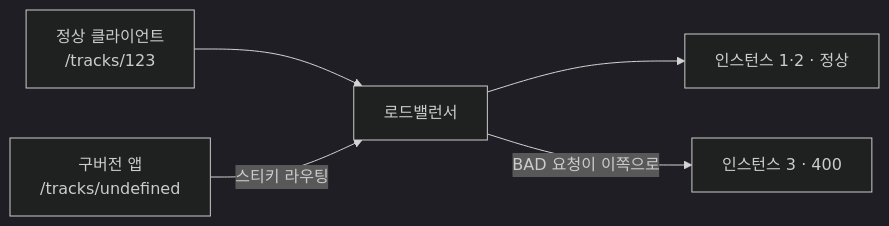
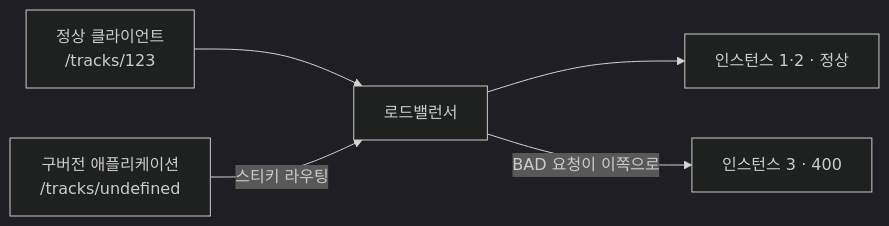
One commit to johnycho/johny-dev changed the second of 2 diagrams in blog/2026-08-19-one-instance-400-bad-request.mdx. Above: the diagram before and after it, drawn with Mermaid (dark theme). The commit also changed other lines of this file and 49 other files, not shown here.

````diff
--- a/blog/2026-08-19-one-instance-400-bad-request.mdx
+++ b/blog/2026-08-19-one-instance-400-bad-request.mdx
@@ -68,7 +68,7 @@
 ```mermaid
 flowchart LR
     OK["정상 클라이언트<br/>/tracks/123"] --> LB["로드밸런서"]
-    BAD["구버전 앱<br/>/tracks/undefined"] -->|스티키 라우팅| LB
+    BAD["구버전 애플리케이션<br/>/tracks/undefined"] -->|스티키 라우팅| LB
     LB --> A["인스턴스 1·2 · 정상"]
     LB -->|BAD 요청이 이쪽으로| C["인스턴스 3 · 400"]
 ```
````
